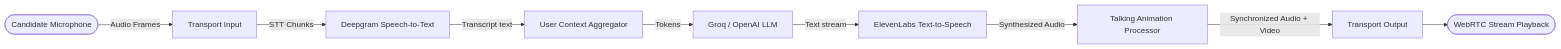
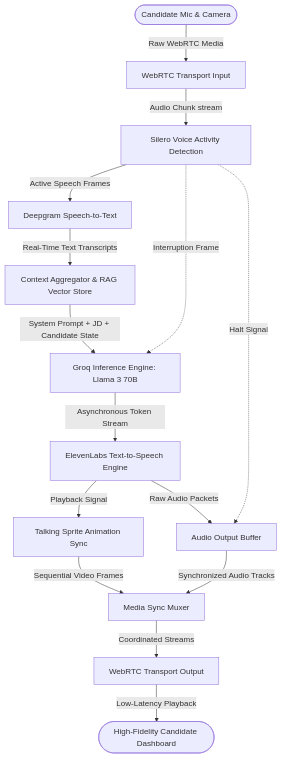
One commit to swarajjoshi10-ship-it/interview-coach changed the diagram in README.md. Above: the diagram before and after it, drawn with Mermaid. The commit also changed other lines of this file, not shown here.

Commit message:
docs: overhaul README with startup-grade architectural details and 3-terminal run guide

````diff
--- a/README.md
+++ b/README.md
@@ -33,11 +40,30 @@
 ```mermaid
-graph LR
-    User([Candidate Microphone]) -->|Audio Frames| In[Transport Input]
-    In -->|STT Chunks| STT[Deepgram Speech-to-Text]
-    STT -->|Transcript text| Context[User Context Aggregator]
-    Context -->|Tokens| LLM[Groq / OpenAI LLM]
-    LLM -->|Text stream| TTS[ElevenLabs Text-to-Speech]
-    TTS -->|Synthesized Audio| Sprite[Talking Animation Processor]
-    Sprite -->|Synchronized Audio + Video| Out[Transport Output]
-    Out --> Bot([WebRTC Stream Playback])
+graph TD
+    %% Node Definitions
+    UserMic([Candidate Mic & Camera]) -->|Raw WebRTC Media| TransportIn[WebRTC Transport Input]
+    
+    %% Input Pipeline
+    TransportIn -->|Audio Chunk stream| VAD[Silero Voice Activity Detection]
+    VAD -->|Active Speech Frames| STT[Deepgram Speech-to-Text]
+    
+    %% Brain & Context Pipeline
+    STT -->|Real-Time Text Transcripts| Context[Context Aggregator & RAG Vector Store]
+    Context -->|System Prompt + JD + Candidate State| LLM[Groq Inference Engine: Llama 3 70B]
+    
+    %% Output & Synthesis Pipeline
+    LLM -->|Asynchronous Token Stream| TTS[ElevenLabs Text-to-Speech Engine]
+    TTS -->|Raw Audio Packets| AudioBuffer[Audio Output Buffer]
+    
+    %% Multimodal Sprite Sync
+    TTS -->|Playback Signal| AnimSync[Talking Sprite Animation Sync]
+    AnimSync -->|Sequential Video Frames| VideoMuxer[Media Sync Muxer]
+    AudioBuffer -->|Synchronized Audio Tracks| VideoMuxer
+    
+    %% WebRTC Output
+    VideoMuxer -->|Coordinated Streams| TransportOut[WebRTC Transport Output]
+    TransportOut -->|Low-Latency Playback| CandidateClient([High-Fidelity Candidate Dashboard])
+
+    %% Interruption Loop
+    VAD -.->|Interruption Frame| LLM
+    VAD -.->|Halt Signal| AudioBuffer
 ```
````
